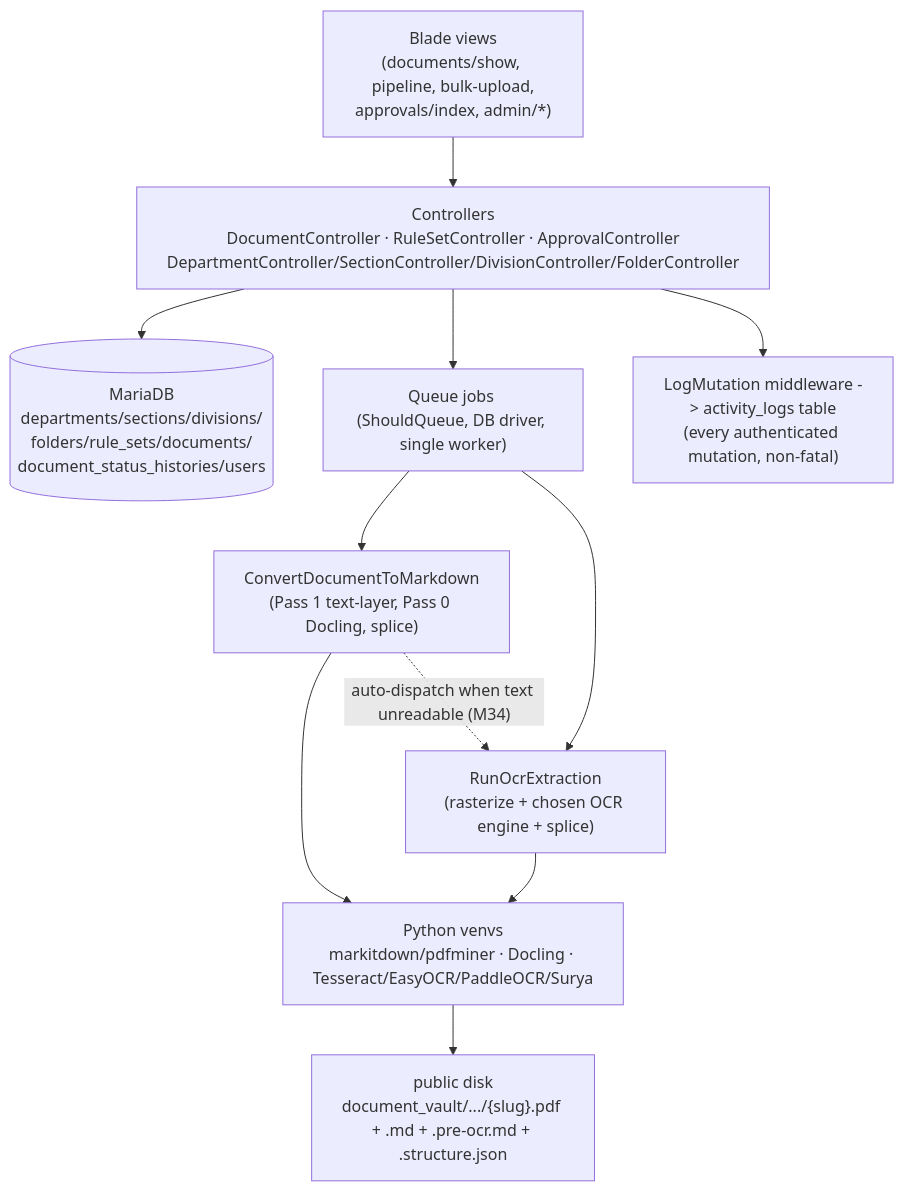
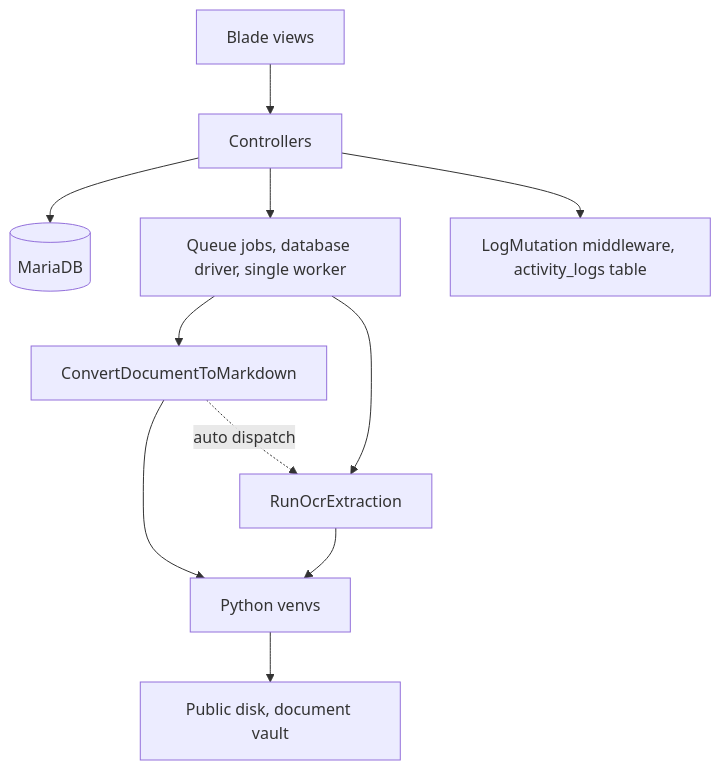
One commit to SubhanRaj/pdf-markdown-pipeline changed the sixth of 6 diagrams in APP_FLOW.md. Above: the diagram before and after it, drawn with Mermaid. The commit also changed other lines of this file, not shown here.

First line of the commit message:
fix(docs): rewrite APP_FLOW.md diagrams to fix mermaid parse errors

````diff
--- a/APP_FLOW.md
+++ b/APP_FLOW.md
@@ -105,13 +136,13 @@
 ```mermaid
 flowchart TD
-    Blade["Blade views\n(documents/show, pipeline, bulk-upload,\napprovals/index, admin/*)"] --> Ctrl
-    Ctrl["Controllers\nDocumentController · RuleSetController · ApprovalController\nDepartmentController/SectionController/DivisionController/FolderController"] --> DB[(MariaDB\ndepartments/sections/divisions/\nfolders/rule_sets/documents/\ndocument_status_histories/users)]
-    Ctrl --> Jobs["Queue jobs (ShouldQueue, DB driver, single worker)"]
-    Jobs --> CDM["ConvertDocumentToMarkdown\n(Pass 1 text-layer, Pass 0 Docling, splice)"]
-    Jobs --> ROE["RunOcrExtraction\n(rasterize + chosen OCR engine + splice)"]
-    CDM --> Py["Python venvs\nmarkitdown/pdfminer · Docling · Tesseract/EasyOCR/PaddleOCR/Surya"]
+    Blade[Blade views] --> Ctrl[Controllers]
+    Ctrl --> DB[(MariaDB)]
+    Ctrl --> Jobs[Queue jobs, database driver, single worker]
+    Jobs --> CDM[ConvertDocumentToMarkdown]
+    Jobs --> ROE[RunOcrExtraction]
+    CDM --> Py[Python venvs]
     ROE --> Py
-    Py --> Disk["public disk\ndocument_vault/.../{slug}.pdf + .md + .pre-ocr.md + .structure.json"]
-    CDM -.auto-dispatch when text unreadable (M34).-> ROE
-    Ctrl --> ActivityLog["LogMutation middleware -> activity_logs table\n(every authenticated mutation, non-fatal)"]
+    Py --> Disk[Public disk, document vault]
+    CDM -.->|auto dispatch| ROE
+    Ctrl --> ActivityLog[LogMutation middleware, activity_logs table]
 ```
````
